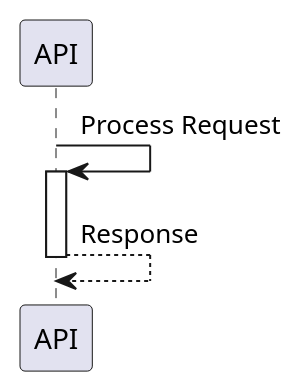
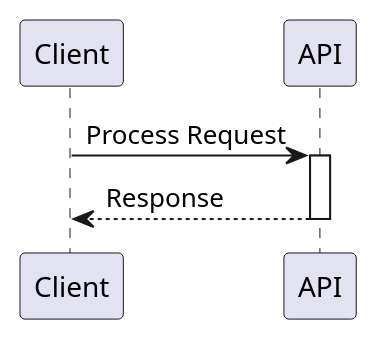
Diagram 15 of 23 in guides/diagrams/plantuml.md (titpetric/titpetric), drawn with PlantUML before and after one commit. The commit also changed other lines of this file and 46 other files, not shown here.

Commit message:
Iterate on plantuml docs

````diff
--- a/guides/diagrams/plantuml.md
+++ b/guides/diagrams/plantuml.md
@@ -535,13 +452,11 @@
 ```plantuml
 @startuml
-
+participant Client
 participant API
 
-API -> API : Process Request
+Client -> API : Process Request
 activate API
-
-API --> API : Response
+API --> Client : Response
 deactivate API
-
 @enduml
 ```
````
